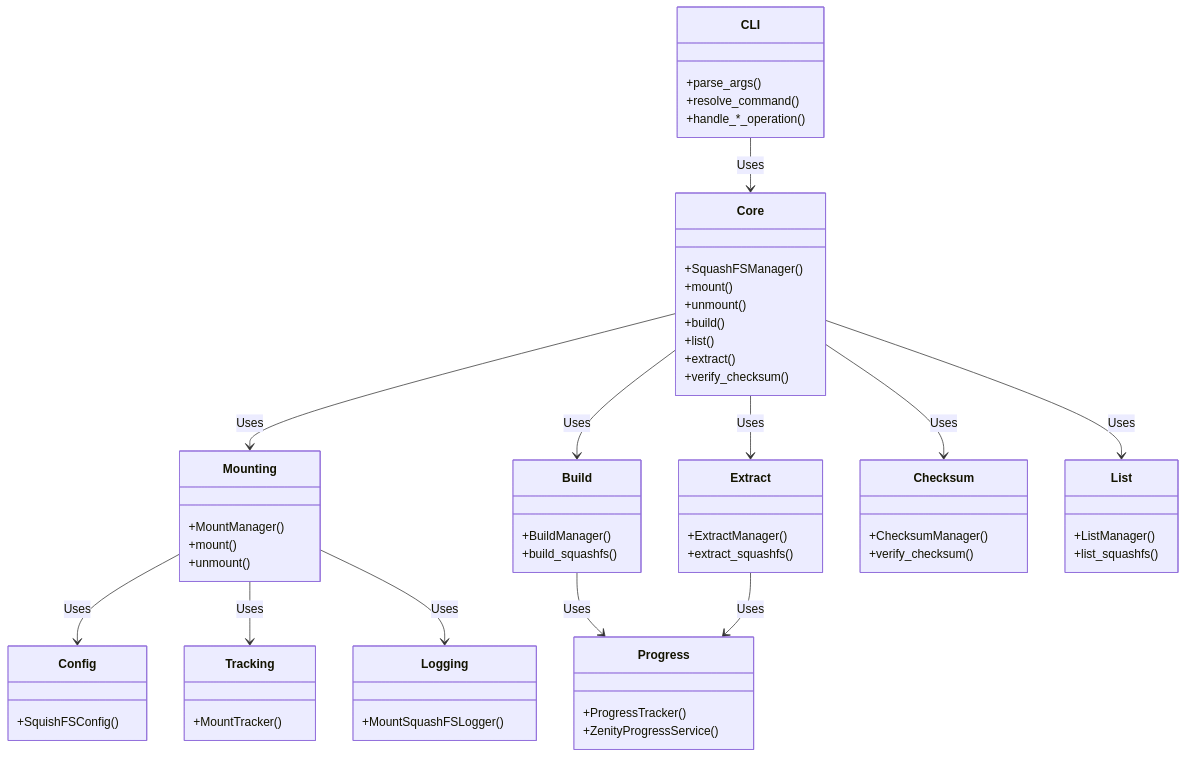
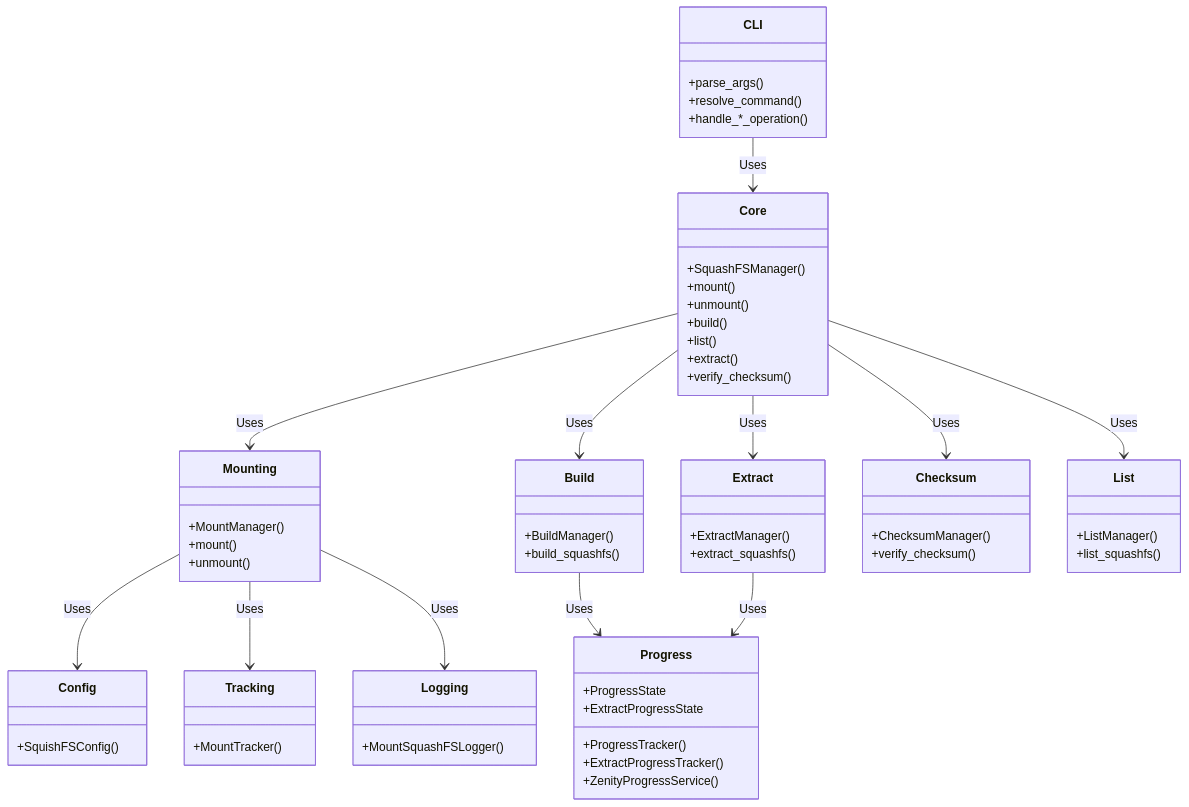
The first of 5 diagrams in DESIGN.md (WombatFromHell/squashfs-archive-helper), drawn with Mermaid before and after one commit. The commit also changed other lines of this file and 19 other files, not shown here.

````diff
--- a/DESIGN.md
+++ b/DESIGN.md
@@ -17,75 +17,78 @@
 ```mermaid
 classDiagram
     direction TB
 
     class CLI {
         +parse_args()
         +resolve_command()
         +handle_*_operation()
     }
 
     class Core {
         +SquashFSManager()
         +mount()
         +unmount()
         +build()
         +list()
         +extract()
         +verify_checksum()
     }
 
     class Mounting {
         +MountManager()
         +mount()
         +unmount()
     }
 
     class Build {
         +BuildManager()
         +build_squashfs()
     }
 
     class Extract {
         +ExtractManager()
         +extract_squashfs()
     }
 
     class Checksum {
         +ChecksumManager()
         +verify_checksum()
     }
 
     class List {
         +ListManager()
         +list_squashfs()
     }
 
     class Progress {
         +ProgressTracker()
+        +ExtractProgressTracker()
         +ZenityProgressService()
+        +ProgressState
+        +ExtractProgressState
     }
 
     class Config {
         +SquishFSConfig()
     }
 
     class Tracking {
         +MountTracker()
     }
 
     class Logging {
         +MountSquashFSLogger()
     }
 
     CLI --> Core : Uses
     Core --> Mounting : Uses
     Core --> Build : Uses
     Core --> Extract : Uses
     Core --> Checksum : Uses
     Core --> List : Uses
     Mounting --> Config : Uses
     Mounting --> Tracking : Uses
     Mounting --> Logging : Uses
     Build --> Progress : Uses
     Extract --> Progress : Uses
 ```
````
